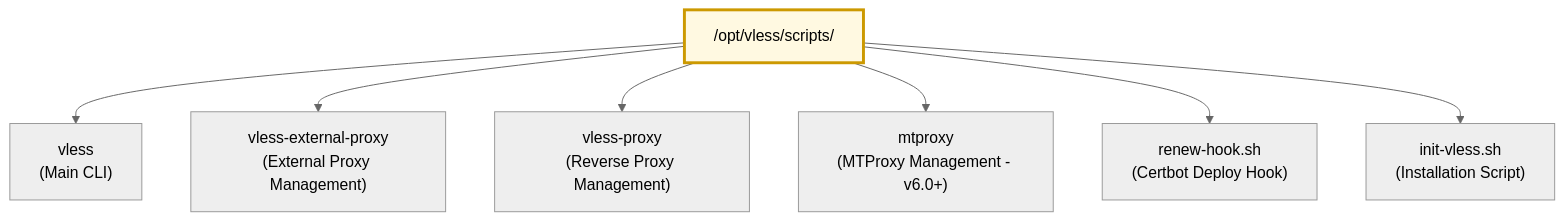
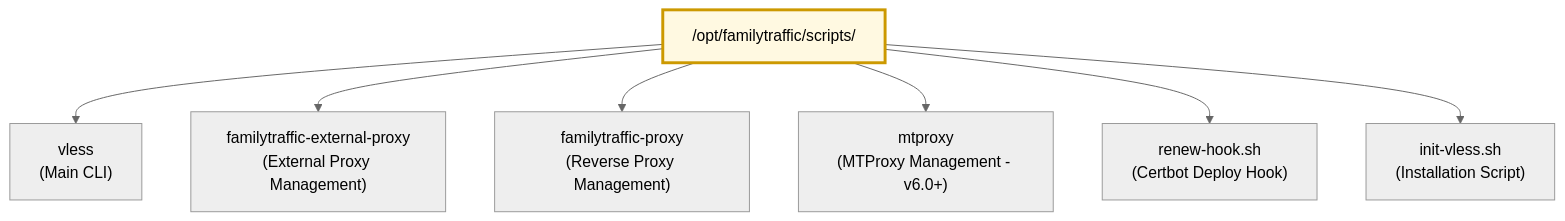
One commit to ikeniborn/vless changed the fourth of 10 diagrams in docs/architecture/diagrams/deployment/filesystem-layout.md. Above: the diagram before and after it, drawn with Mermaid (neutral theme). The commit also changed other lines of this file and 66 other files, not shown here.

First line of the commit message:
refactor(rename): replace old project name 'vless' with 'familytraffic'

````diff
--- a/docs/architecture/diagrams/deployment/filesystem-layout.md
+++ b/docs/architecture/diagrams/deployment/filesystem-layout.md
@@ -153,20 +153,20 @@
 ```mermaid
 graph TB
-    ScriptsDir["/opt/vless/scripts/"]
+    ScriptsDir["/opt/familytraffic/scripts/"]
 
     VLESSmain["vless<br/>(Main CLI)"]
-    VLESSExtProxy["vless-external-proxy<br/>(External Proxy Management)"]
-    VLESSProxy["vless-proxy<br/>(Reverse Proxy Management)"]
+    VLESSExtProxy["familytraffic-external-proxy<br/>(External Proxy Management)"]
+    VLESSProxy["familytraffic-proxy<br/>(Reverse Proxy Management)"]
     MTProxyCLI["mtproxy<br/>(MTProxy Management - v6.0+)"]
     RenewHook["renew-hook.sh<br/>(Certbot Deploy Hook)"]
     InitScript["init-vless.sh<br/>(Installation Script)"]
 
     ScriptsDir --> VLESSmain
     ScriptsDir --> VLESSExtProxy
     ScriptsDir --> VLESSProxy
     ScriptsDir --> MTProxyCLI
     ScriptsDir --> RenewHook
     ScriptsDir --> InitScript
 
     style ScriptsDir fill:#fff9e1,stroke:#cc9900,stroke-width:3px
 ```
````
